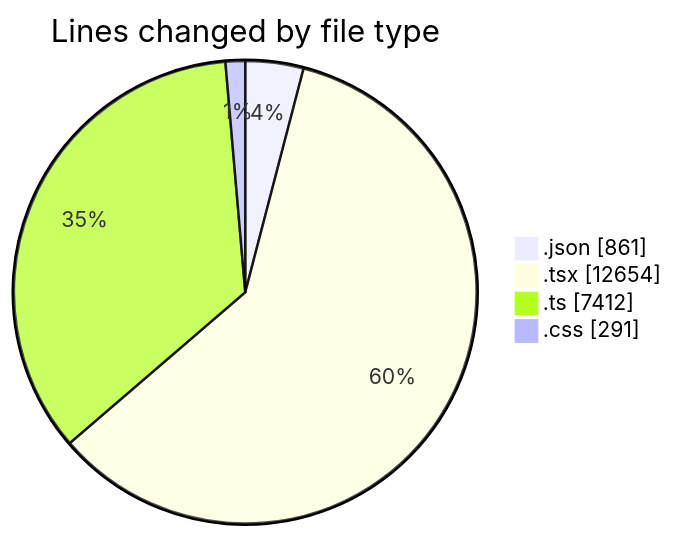
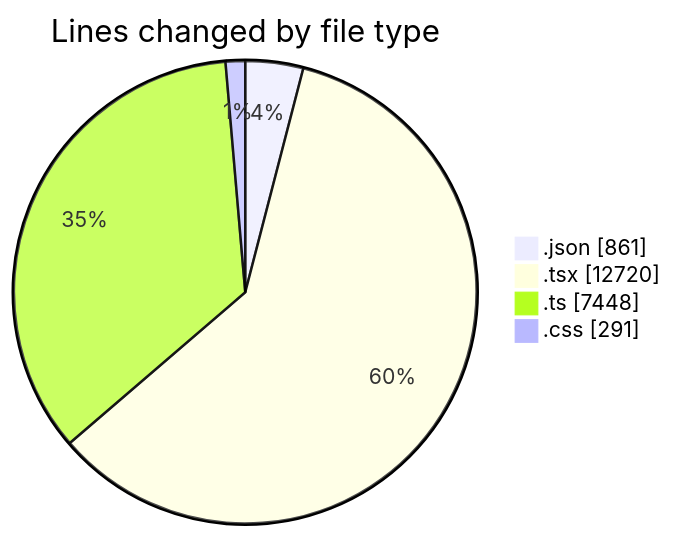
The first of 2 diagrams in 2025-10-07/eventscop-frontend-guide__workspace_/README.md (julien-gomy/code-tracking), drawn with Mermaid before and after one commit. The commit also changed other lines of this file and 1 other file, not shown here.

````diff
--- a/2025-10-07/eventscop-frontend-guide__workspace_/README.md
+++ b/2025-10-07/eventscop-frontend-guide__workspace_/README.md
@@ -104,8 +106,8 @@
 ```mermaid
 pie showData
 title Lines changed by file type
 ".json" : 861
-".tsx" : 12654
-".ts" : 7412
+".tsx" : 12720
+".ts" : 7448
 ".css" : 291
 ```
````
